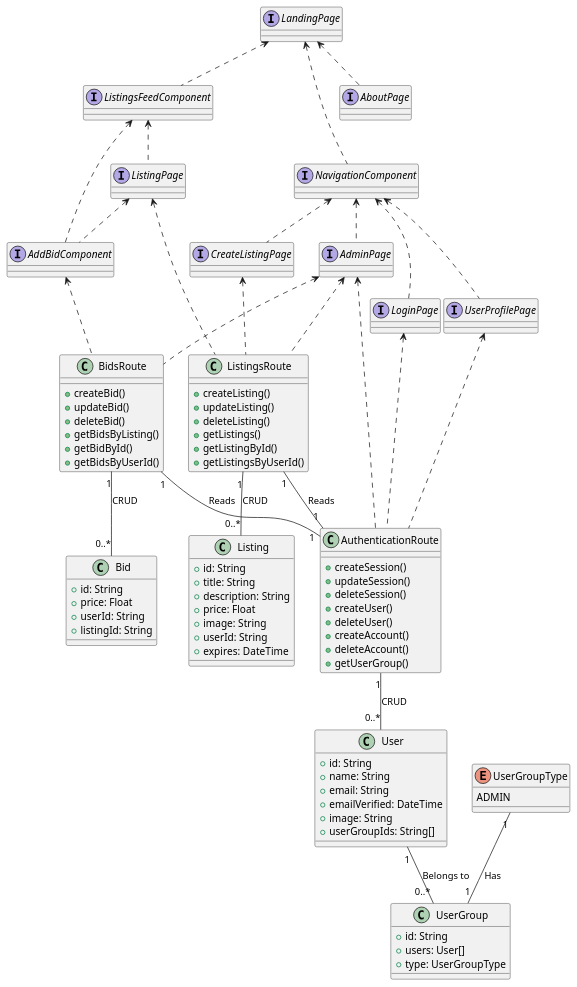
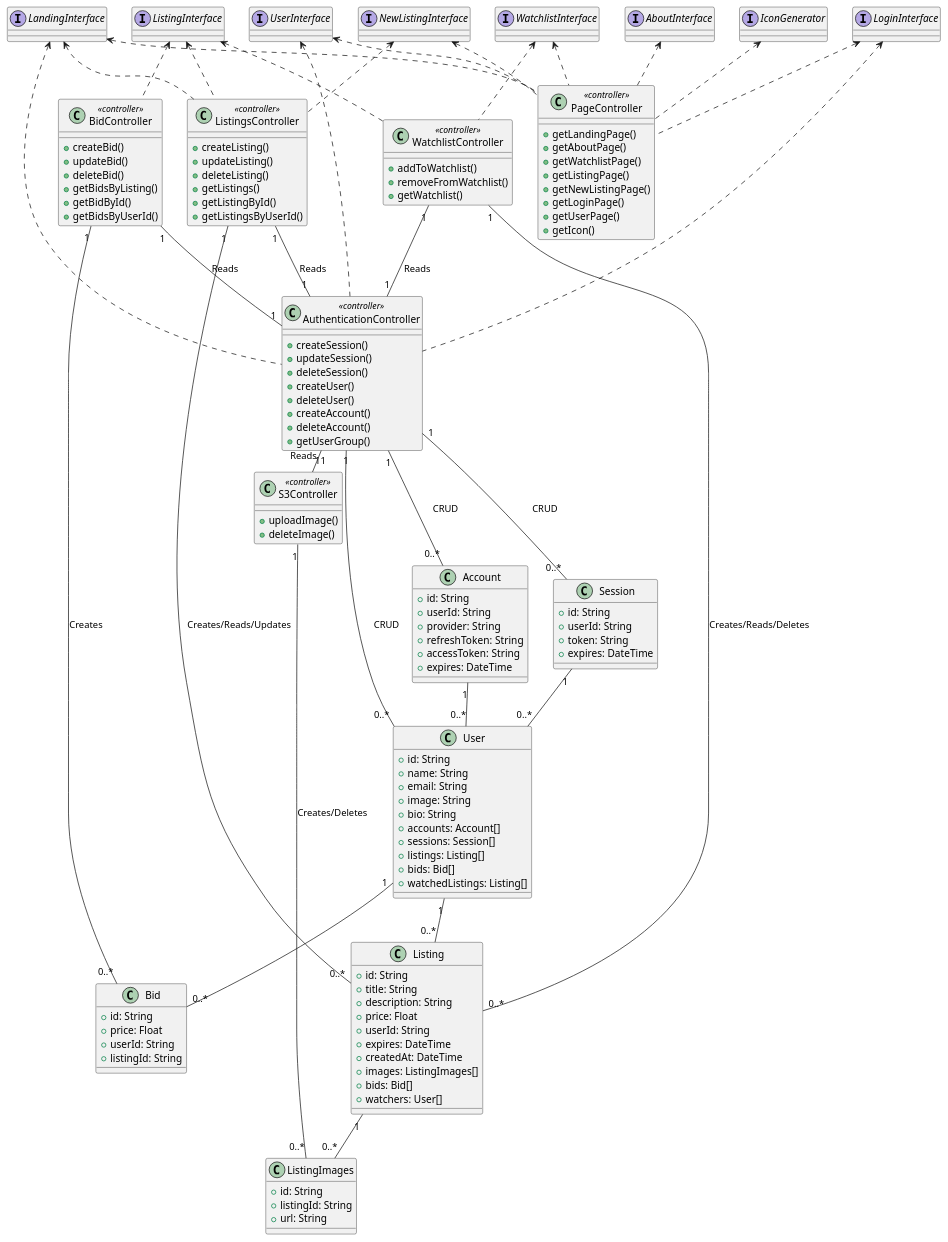
The diagram in uml/class_diagram.puml (martinmiglio/CS471-Project), drawn with PlantUML before and after one commit. The commit also changed 9 other files, not shown here.

Commit message:
add diagrams (#39)

```diff
--- a/uml/class_diagram.puml
+++ b/uml/class_diagram.puml
@@ -1,121 +1,166 @@
 @startuml ClassDiagram
+
+' models
+
+class Account {
+  +id: String
+  +userId: String
+  +provider: String
+  +refreshToken: String
+  +accessToken: String
+  +expires: DateTime
+}
+
+class Session {
+  +id: String
+  +userId: String
+  +token: String
+  +expires: DateTime
+}
 
 class User {
   +id: String
   +name: String
   +email: String
-  +emailVerified: DateTime
   +image: String
-  +userGroupIds: String[]
+  +bio: String
+  +accounts: Account[]
+  +sessions: Session[]
+  +listings: Listing[]
+  +bids: Bid[]
+  +watchedListings: Listing[]
 }
 
 class Listing {
   +id: String
   +title: String
   +description: String
   +price: Float
-  +image: String
   +userId: String
-'   +status: String
   +expires: DateTime
+  +createdAt: DateTime
+  +images: ListingImages[]
+  +bids: Bid[]
+  +watchers: User[]
+}
+
+class ListingImages {
+  +id: String
+  +listingId: String
+  +url: String
 }
 
 class Bid {
   +id: String
   +price: Float
   +userId: String
   +listingId: String
 }
-enum UserGroupType {
-  ADMIN
+
+Account "1" -- "0..*" User
+Session "1" -- "0..*" User
+User "1" -- "0..*" Listing
+User "1" -- "0..*" Bid
+Listing "1" -- "0..*" ListingImages
+
+' controllers
+class PageController <<controller>>{
+  +getLandingPage()
+  +getAboutPage()
+  +getWatchlistPage()
+    +getListingPage()
+    +getNewListingPage()
+    +getLoginPage()
+    +getUserPage()
++getIcon()
 }
 
-class UserGroup {
-  +id: String
-  +users: User[]
-  +type: UserGroupType
-}
-
-' associations between entities
-UserGroupType "1" -- "1" UserGroup : Has
-User "1" -- "0..*" UserGroup : Belongs to
-
-
-
-class ListingsRoute {
+class ListingsController <<controller>>{
   +createListing()
   +updateListing()
   +deleteListing()
   +getListings()
   +getListingById()
   +getListingsByUserId()
 }
 
-class AuthenticationRoute {
+class WatchlistController <<controller>>{
+  +addToWatchlist()
+  +removeFromWatchlist()
+  +getWatchlist()
+}
+
+class AuthenticationController <<controller>>{
   +createSession()
   +updateSession()
   +deleteSession()
   +createUser()
   +deleteUser()
   +createAccount()
   +deleteAccount()
   +getUserGroup()
 }
 
-class BidsRoute {
+class BidController <<controller>>{
   +createBid()
   +updateBid()
   +deleteBid()
   +getBidsByListing()
   +getBidById()
   +getBidsByUserId()
 }
 
+class S3Controller <<controller>>{
+  +uploadImage()
+  +deleteImage()
+}
+
 ' associations between routes and entities
-AuthenticationRoute "1" -- "0..*" User : CRUD
 
-ListingsRoute "1" -- "0..*" Listing : CRUD
-ListingsRoute "1" -- "1" AuthenticationRoute : Reads
+AuthenticationController "1" -- "0..*" User : CRUD
+AuthenticationController "1" -- "0..*" Account : CRUD
+AuthenticationController "1" -- "0..*" Session : CRUD
 
-BidsRoute "1" -- "0..*" Bid : CRUD
-BidsRoute "1" -- "1" AuthenticationRoute : Reads
+ListingsController "1" -- "0..*" Listing : Creates/Reads/Updates
+ListingsController "1" -- "1" AuthenticationController : Reads
+
+WatchlistController "1" -- "0..*" Listing : Creates/Reads/Deletes
+WatchlistController "1" -- "1" AuthenticationController : Reads
+
+S3Controller "1" -- "0..*" ListingImages : Creates/Deletes
+S3Controller "1" -l- "1" AuthenticationController : Reads
+
+BidController "1" -- "0..*" Bid : Creates
+BidController "1" -- "1" AuthenticationController : Reads
 
 
-interface LandingPage
-interface AboutPage
-interface LoginPage
-interface ListingPage
-interface CreateListingPage
-interface UserProfilePage
-interface AdminPage
-interface NavigationComponent
-interface ListingsFeedComponent
-interface AddBidComponent
+interface UserInterface
+interface ListingInterface
+interface NewListingInterface
+interface LoginInterface
+interface WatchlistInterface
+interface AboutInterface
+interface LandingInterface
+interface IconGenerator
 
+' connect controllers to interfaces
 
-' dependency graph of pages and components
-LandingPage <.. AboutPage
-LandingPage <.. NavigationComponent
-LandingPage <.. ListingsFeedComponent
+UserInterface <.. AuthenticationController
+NewListingInterface <.. ListingsController
+LoginInterface <.. AuthenticationController
+WatchlistInterface <.. WatchlistController
+LandingInterface <.. AuthenticationController
+LandingInterface <.. ListingsController
+ListingInterface <.. ListingsController
+ListingInterface <.. WatchlistController
+ListingInterface <.. BidController
 
-NavigationComponent <.. LoginPage
-NavigationComponent <.. CreateListingPage
-NavigationComponent <.. UserProfilePage
-NavigationComponent <.. AdminPage
-
-ListingsFeedComponent <.. AddBidComponent
-ListingsFeedComponent <.. ListingPage
-
-ListingPage <.. AddBidComponent
-
-' these are the routes that the pages and components are connected to
-LoginPage <.. AuthenticationRoute
-ListingPage <.. ListingsRoute
-CreateListingPage <.. ListingsRoute
-UserProfilePage <.. AuthenticationRoute
-AdminPage <.. AuthenticationRoute
-AdminPage <.. ListingsRoute
-AdminPage <.. BidsRoute
-AddBidComponent <.. BidsRoute
+UserInterface <.. PageController
+NewListingInterface <.. PageController
+LoginInterface <.. PageController
+WatchlistInterface <.. PageController
+AboutInterface <.. PageController
+LandingInterface <.. PageController
+IconGenerator <.. PageController
 
 @enduml
```
